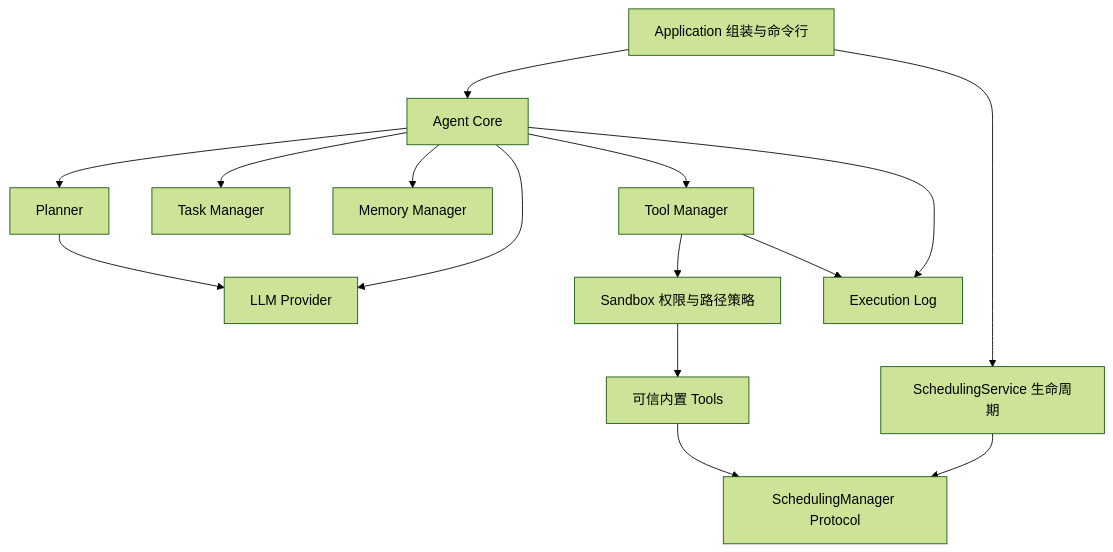
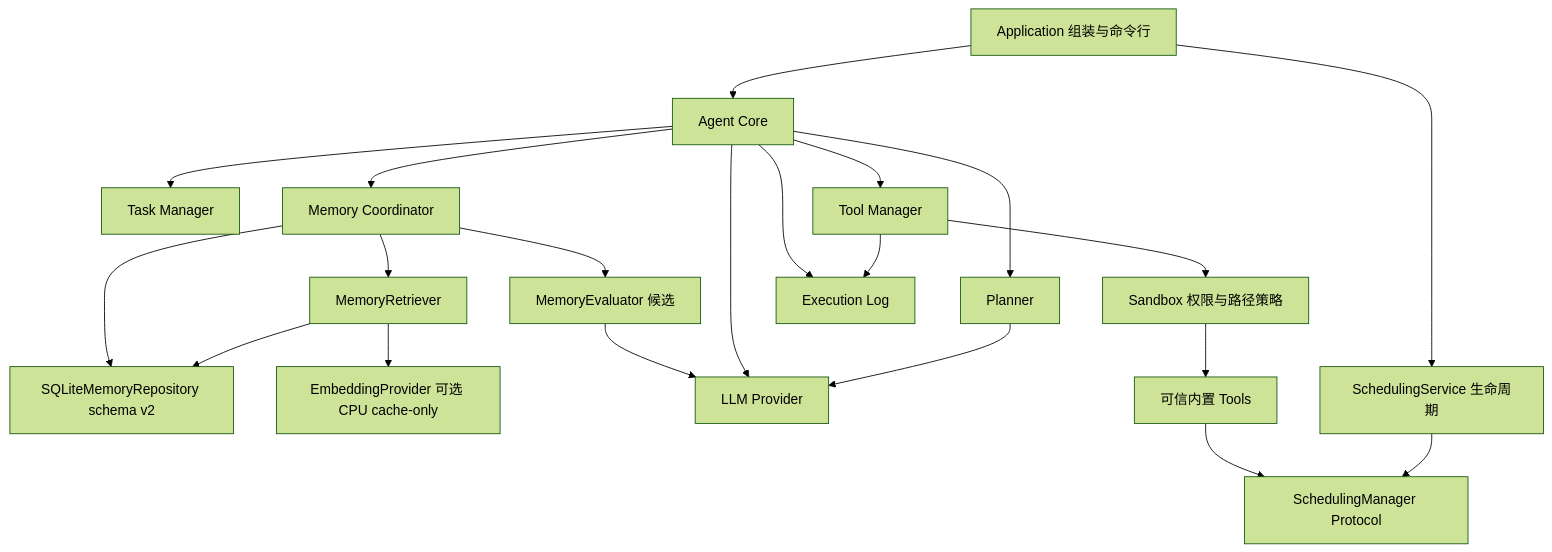
The diagram in ARCHITECTURE.md (kbdui/kb_deskpal), drawn with Mermaid (forest theme) before and after one commit. The commit also changed other lines of this file and 57 other files, not shown here.

````diff
--- a/ARCHITECTURE.md
+++ b/ARCHITECTURE.md
@@ -7,17 +7,23 @@
 ```mermaid
 flowchart TD
   Application[Application 组装与命令行] --> Agent[Agent Core]
   Agent --> Planner
   Agent --> Tasks[Task Manager]
-  Agent --> Memory[Memory Manager]
+  Agent --> Memory[Memory Coordinator]
+  Memory --> Repository[SQLiteMemoryRepository schema v2]
+  Memory --> Retriever[MemoryRetriever]
+  Memory --> Evaluator[MemoryEvaluator 候选]
+  Retriever --> Repository
+  Retriever --> Embedding[EmbeddingProvider 可选 CPU cache-only]
+  Evaluator --> LLM
   Agent --> LLM[LLM Provider]
   Planner --> LLM
   Agent --> Manager[Tool Manager]
   Manager --> Sandbox[Sandbox 权限与路径策略]
   Sandbox --> Tools[可信内置 Tools]
   Agent --> Log[Execution Log]
   Manager --> Log
   Application --> Scheduling[SchedulingService 生命周期]
   Tools --> SchedulingPort[SchedulingManager Protocol]
   Scheduling --> SchedulingPort
 ```
````
